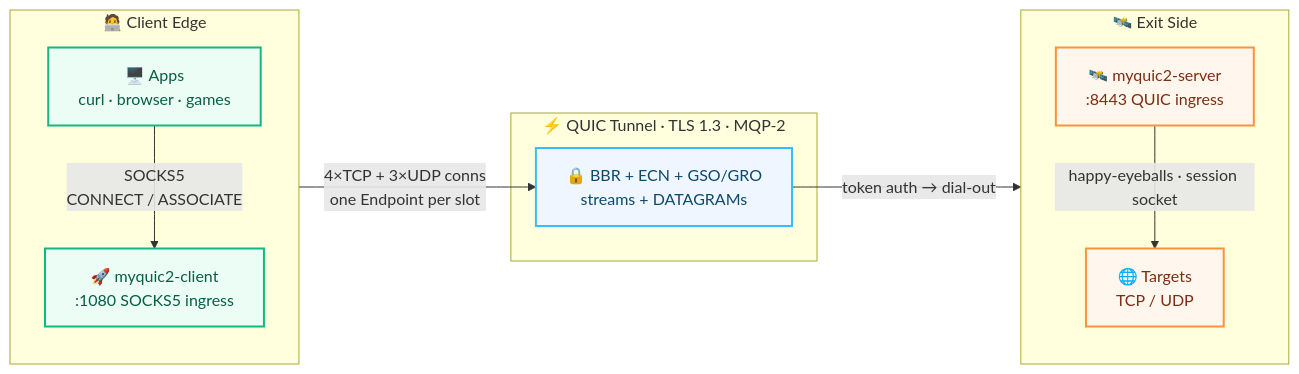
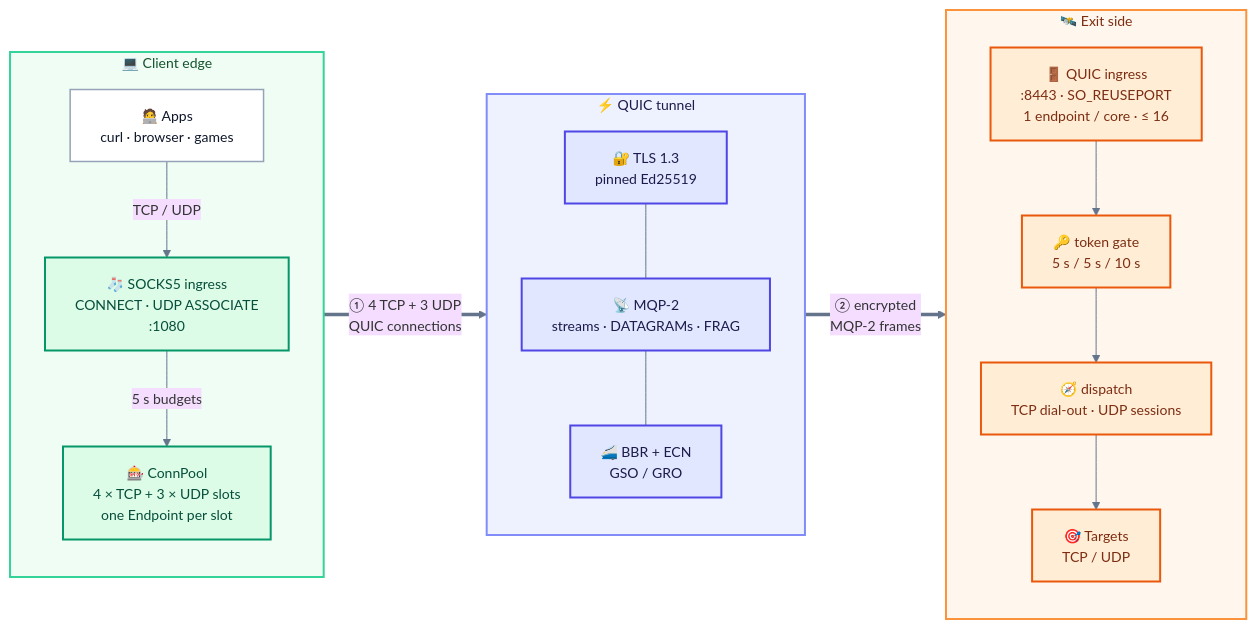
The first of 8 diagrams in README.md (Terutoki/MyQUIC2), drawn with Mermaid before and after one commit. The commit also changed other lines of this file, not shown here.

````diff
--- a/README.md
+++ b/README.md
@@ -42,27 +42,42 @@
 ```mermaid
+%%{init: {"theme":"base","themeVariables":{"fontSize":"14px","lineColor":"#64748b"}}}%%
 flowchart LR
-    subgraph ClientEdge["🧑‍💻 Client Edge"]
+    subgraph EDGE["💻  Client edge"]
         direction TB
-        APP["🖥️ Apps<br/>curl · browser · games"]
-        CLI["🚀 myquic2-client<br/>:1080 SOCKS5 ingress"]
+        APPS["🧑‍💻 Apps<br/>curl · browser · games"]
+        SOCKS["🧦 SOCKS5 ingress<br/>CONNECT · UDP ASSOCIATE<br/>:1080"]
+        POOL["🎰 ConnPool<br/>4 × TCP + 3 × UDP slots<br/>one Endpoint per slot"]
+        APPS -->|"TCP / UDP"| SOCKS
+        SOCKS -->|"5 s budgets"| POOL
     end
-    subgraph Tunnel["⚡ QUIC Tunnel · TLS 1.3 · MQP-2"]
-        Q["🔒 BBR + ECN + GSO/GRO<br/>streams + DATAGRAMs"]
+    subgraph TUNNEL["⚡  QUIC tunnel"]
+        direction TB
+        TLS["🔐 TLS 1.3<br/>pinned Ed25519"]
+        MQP["📡 MQP-2<br/>streams · DATAGRAMs · FRAG"]
+        CC["🚄 BBR + ECN<br/>GSO / GRO"]
+        TLS --- MQP --- CC
     end
-    subgraph ExitSide["🛰️ Exit Side"]
+    subgraph EXIT["🛰️  Exit side"]
         direction TB
-        SRV["🛰️ myquic2-server<br/>:8443 QUIC ingress"]
-        NET["🌐 Targets<br/>TCP / UDP"]
+        ING["🚪 QUIC ingress<br/>:8443 · SO_REUSEPORT<br/>1 endpoint / core · ≤ 16"]
+        AUTH["🔑 token gate<br/>5 s / 5 s / 10 s"]
+        ROUTE["🧭 dispatch<br/>TCP dial-out · UDP sessions"]
+        TARGETS["🎯 Targets<br/>TCP / UDP"]
+        ING --> AUTH
+        AUTH --> ROUTE
+        ROUTE --> TARGETS
     end
-    APP -->|"SOCKS5<br/>CONNECT / ASSOCIATE"| CLI
-    CLI -->|"4×TCP + 3×UDP conns<br/>one Endpoint per slot"| Q
-    Q -->|"token auth → dial-out"| SRV
-    SRV -->|"happy-eyeballs · session socket"| NET
-
-    classDef edge fill:#ecfdf5,stroke:#10b981,stroke-width:2px,color:#065f46
-    classDef tunnel fill:#eff6ff,stroke:#38bdf8,stroke-width:2px,color:#0c4a6e
-    classDef exit fill:#fff7ed,stroke:#fb923c,stroke-width:2px,color:#7c2d12
-    class APP,CLI edge
-    class Q tunnel
-    class SRV,NET exit
+    EDGE ==>|"① 4 TCP + 3 UDP<br/>QUIC connections"| TUNNEL
+    TUNNEL ==>|"② encrypted<br/>MQP-2 frames"| EXIT
+    style EDGE fill:#f0fdf4,stroke:#34d399,stroke-width:2px,color:#14532d
+    style TUNNEL fill:#eef2ff,stroke:#818cf8,stroke-width:2px,color:#1e1b4b
+    style EXIT fill:#fff7ed,stroke:#fb923c,stroke-width:2px,color:#7c2d12
+    classDef app fill:#ffffff,stroke:#94a3b8,stroke-width:1.5px,color:#0f172a
+    classDef edge fill:#dcfce7,stroke:#059669,stroke-width:2px,color:#064e3b
+    classDef tun fill:#e0e7ff,stroke:#4f46e5,stroke-width:2px,color:#1e1b4b
+    classDef exit fill:#ffedd5,stroke:#ea580c,stroke-width:2px,color:#7c2d12
+    class APPS app
+    class SOCKS,POOL edge
+    class TLS,MQP,CC tun
+    class ING,AUTH,ROUTE,TARGETS exit
 ```
````
